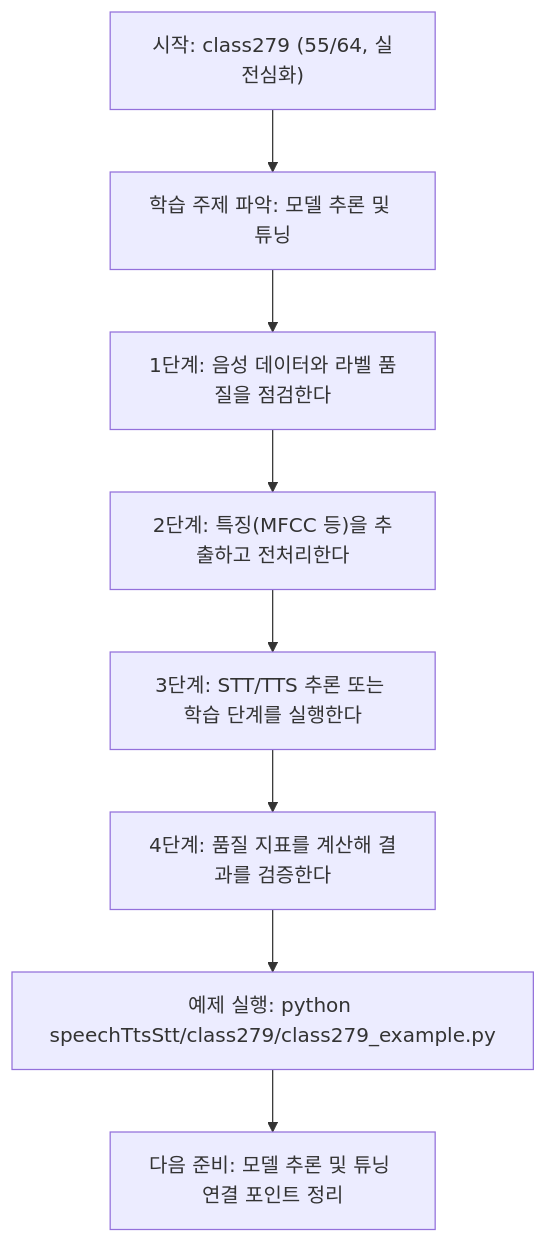
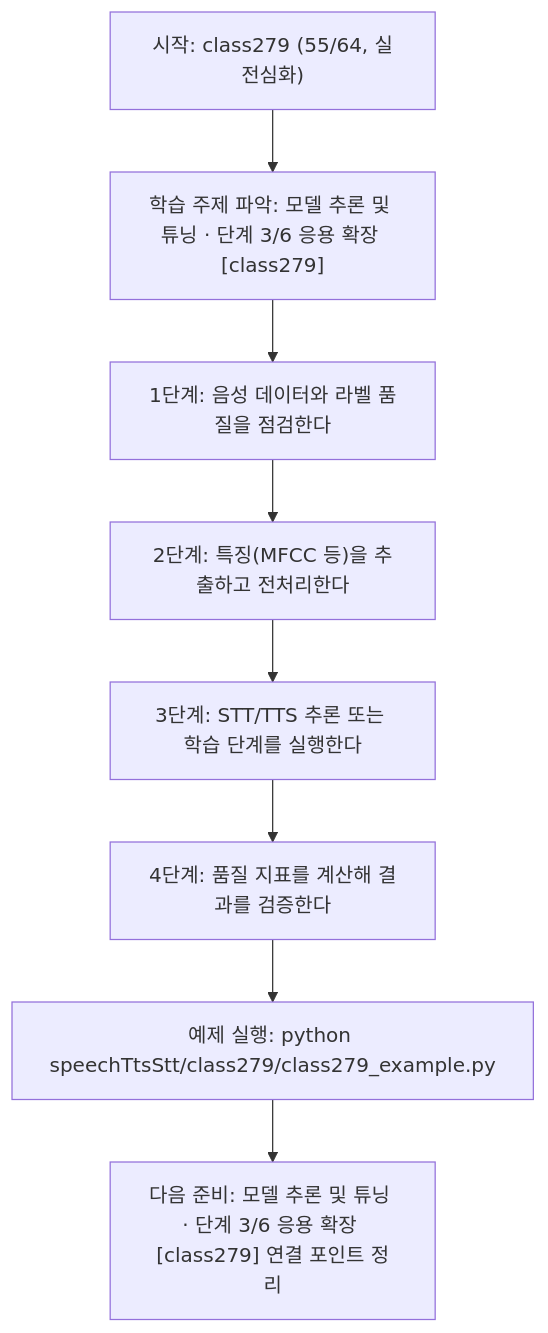
Before and after one commit to edumgt/Python-AI_Agent-Class: the diagram in speechTtsStt/class279/class279.md, drawn with Mermaid. The commit also changed other lines of this file and 522 other files, not shown here.

````diff
--- a/speechTtsStt/class279/class279.md
+++ b/speechTtsStt/class279/class279.md
@@ -113,18 +114,18 @@
 ```mermaid
 flowchart TD
 N1["시작: class279 (55/64, 실전심화)"]
-N2["학습 주제 파악: 모델 추론 및 튜닝"]
+N2["학습 주제 파악: 모델 추론 및 튜닝 · 단계 3/6 응용 확장 [class279]"]
 N3["1단계: 음성 데이터와 라벨 품질을 점검한다"]
 N4["2단계: 특징(MFCC 등)을 추출하고 전처리한다"]
 N5["3단계: STT/TTS 추론 또는 학습 단계를 실행한다"]
 N6["4단계: 품질 지표를 계산해 결과를 검증한다"]
 N7["예제 실행: python speechTtsStt/class279/class279_example.py"]
-N8["다음 준비: 모델 추론 및 튜닝 연결 포인트 정리"]
+N8["다음 준비: 모델 추론 및 튜닝 · 단계 3/6 응용 확장 [class279] 연결 포인트 정리"]
 N1 --> N2
 N2 --> N3
 N3 --> N4
 N4 --> N5
 N5 --> N6
 N6 --> N7
 N7 --> N8
 ```
````
